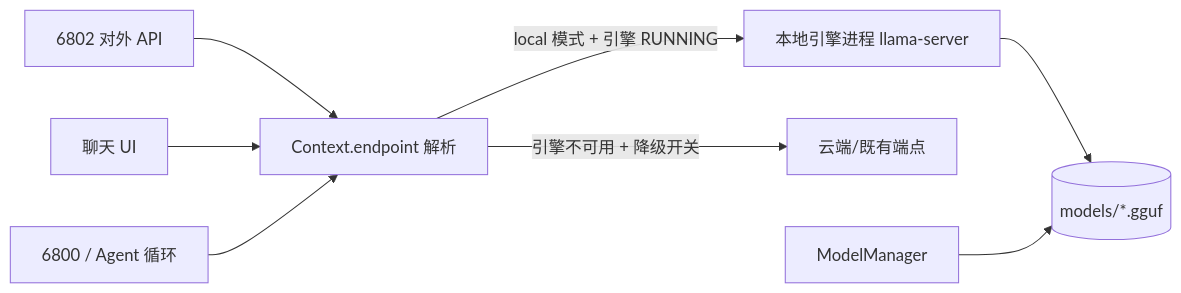
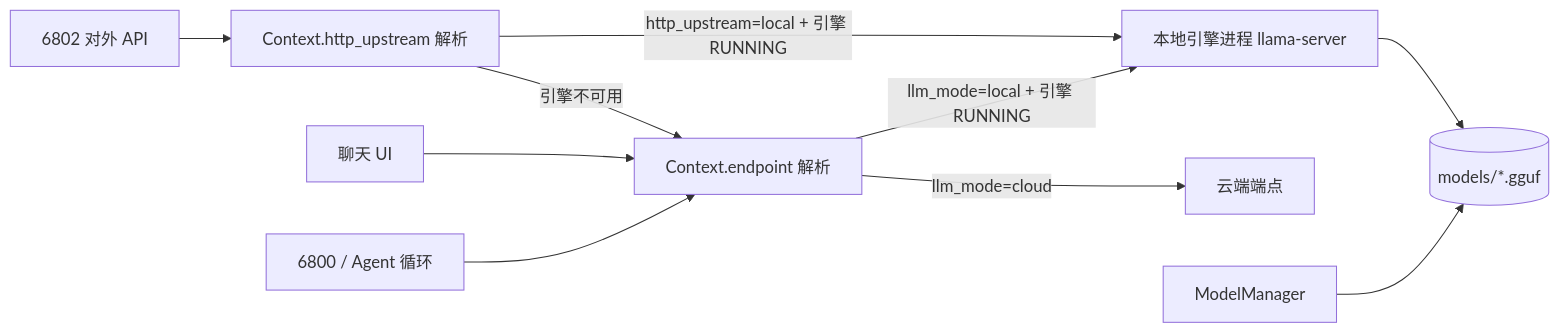
Before and after one commit to li-renji/intent-win: the diagram in README.md, drawn with Mermaid. The commit also changed other lines of this file and 8 other files, not shown here.

````diff
--- a/README.md
+++ b/README.md
@@ -227,10 +249,12 @@
 ```mermaid
 flowchart LR
-  A[6802 对外 API] --> F[Context.endpoint 解析]
-  B[聊天 UI] --> F
-  C[6800 / Agent 循环] --> F
-  F -->|local 模式 + 引擎 RUNNING| E[本地引擎进程 llama-server]
-  F -->|引擎不可用 + 降级开关| G[云端/既有端点]
+  A[6802 对外 API] --> F[Context.http_upstream 解析]
+  B[聊天 UI] --> G[Context.endpoint 解析]
+  C[6800 / Agent 循环] --> G
+  F -->|http_upstream=local + 引擎 RUNNING| E[本地引擎进程 llama-server]
+  F -->|引擎不可用| G
+  G -->|llm_mode=local + 引擎 RUNNING| E
+  G -->|llm_mode=cloud| P[云端端点]
   E --> M[(models/*.gguf)]
   H[ModelManager] --> M
 ```
````
